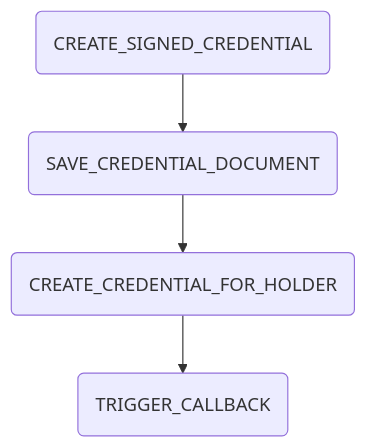
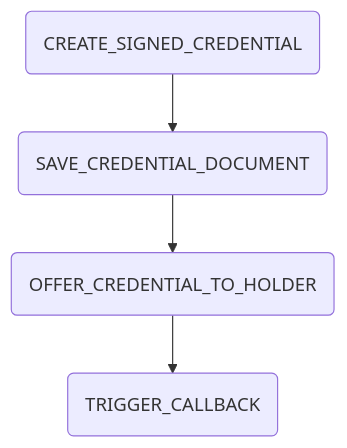
One commit to eclipse-tractusx/ssi-credential-issuer changed the diagram in docs/admin/processes/01. create_credential.md. Above: the diagram before and after it, drawn with Mermaid. The commit also changed other lines of this file and 26 other files, not shown here.

Commit message:
feat: offer flow implementation

````diff
--- a/docs/admin/processes/01. create_credential.md
+++ b/docs/admin/processes/01. create_credential.md
@@ -7,6 +7,6 @@
 ```mermaid
 flowchart TD
     A(CREATE_SIGNED_CREDENTIAL) --> B(SAVE_CREDENTIAL_DOCUMENT)
-    B --> C(CREATE_CREDENTIAL_FOR_HOLDER)
+    B --> C(OFFER_CREDENTIAL_TO_HOLDER)
     C --> D(TRIGGER_CALLBACK)
 ```
````
